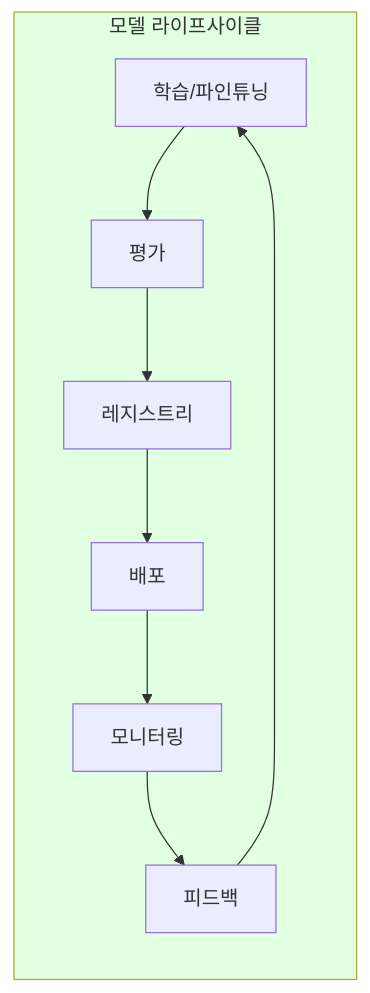
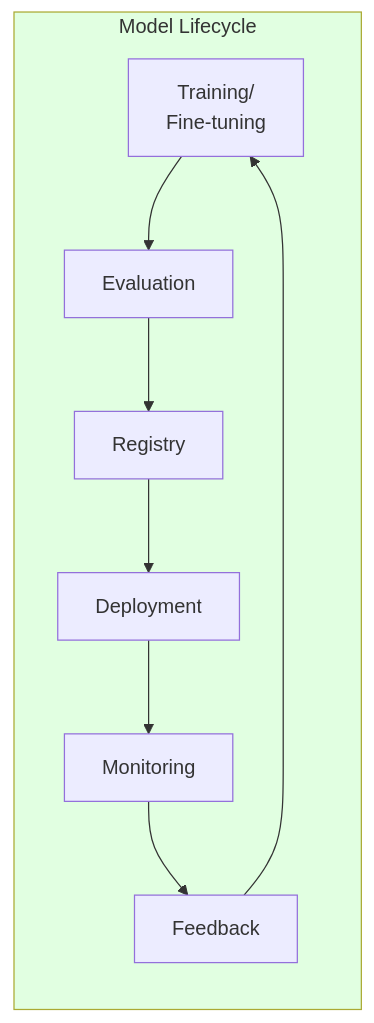
Before and after one commit to devfloor9/engineering-playbook: the fourth of 4 diagrams in docs/agentic-ai-platform/design-architecture/foundations/agentic-ai-challenges.md, drawn with Mermaid. The commit also changed other lines of this file and 954 other files, not shown here.

````diff
--- a/docs/agentic-ai-platform/design-architecture/foundations/agentic-ai-challenges.md
+++ b/docs/agentic-ai-platform/design-architecture/foundations/agentic-ai-challenges.md
@@ -278,16 +278,16 @@
 ```mermaid
 flowchart LR
-    subgraph Lifecycle["모델 라이프사이클"]
-        TRAIN["학습/파인튜닝"]
-        EVAL["평가"]
-        REG["레지스트리"]
-        DEPLOY["배포"]
-        MONITOR["모니터링"]
-        FEEDBACK["피드백"]
+    subgraph Lifecycle["Model Lifecycle"]
+        TRAIN["Training/<br/>Fine-tuning"]
+        EVAL["Evaluation"]
+        REG["Registry"]
+        DEPLOY["Deployment"]
+        MONITOR["Monitoring"]
+        FEEDBACK["Feedback"]
     end
 
     TRAIN --> EVAL --> REG --> DEPLOY --> MONITOR --> FEEDBACK
     FEEDBACK --> TRAIN
 
     style Lifecycle fill:#e1ffe1
 ```
````
